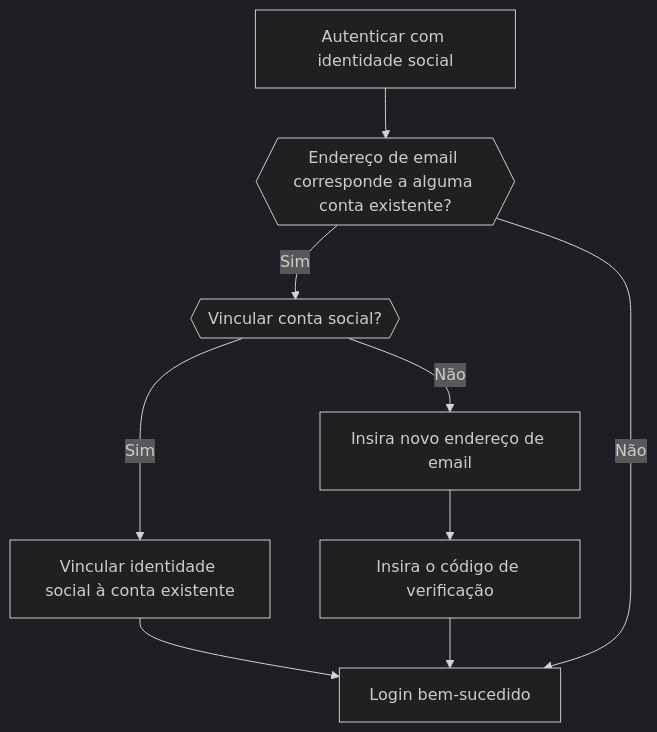
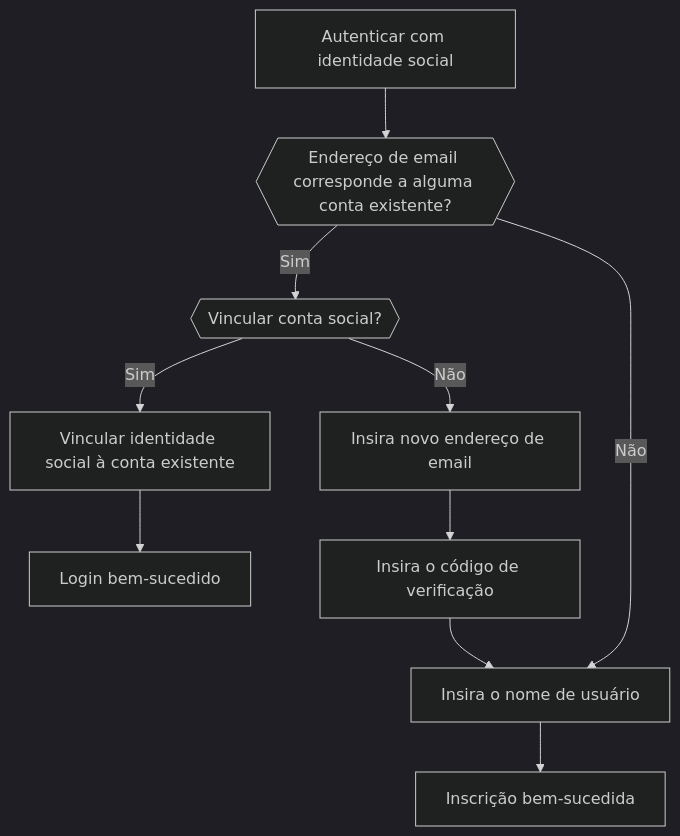
One commit to logto-io/docs changed the sixth of 6 diagrams in i18n/pt-BR/docusaurus-plugin-content-docs/current/end-user-flows/sign-up-and-sign-in/social-sign-in.mdx. Above: the diagram before and after it, drawn with Mermaid (dark theme). The commit also changed other lines of this file and 407 other files, not shown here.

````diff
--- a/i18n/pt-BR/docusaurus-plugin-content-docs/current/end-user-flows/sign-up-and-sign-in/social-sign-in.mdx
+++ b/i18n/pt-BR/docusaurus-plugin-content-docs/current/end-user-flows/sign-up-and-sign-in/social-sign-in.mdx
@@ -152,11 +159,12 @@
    ```mermaid
       flowchart TD
        A[Autenticar com identidade social] --> B{{Endereço de email corresponde a alguma conta existente?}}
        B -- Sim --> C{{Vincular conta social?}}
        C -- Sim --> D[Vincular identidade social à conta existente]
        D --> E[Login bem-sucedido]
        C -- Não --> F[Insira novo endereço de email]
        F --> G[Insira o código de verificação]
-       G --> E
-       B -- Não --> E
+       G --> H[Insira o nome de usuário]
+       H --> I[Inscrição bem-sucedida]
+       B -- Não --> H
    ```
````
